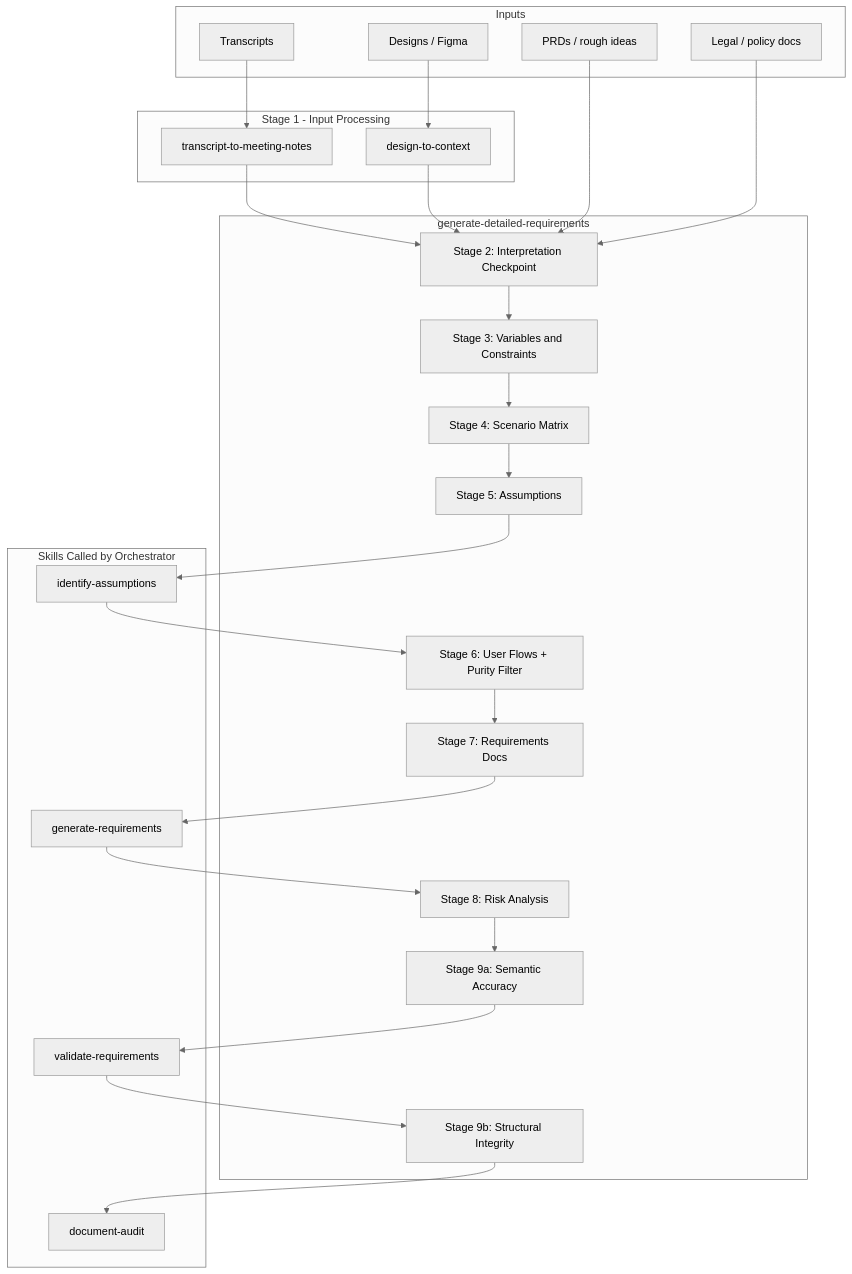
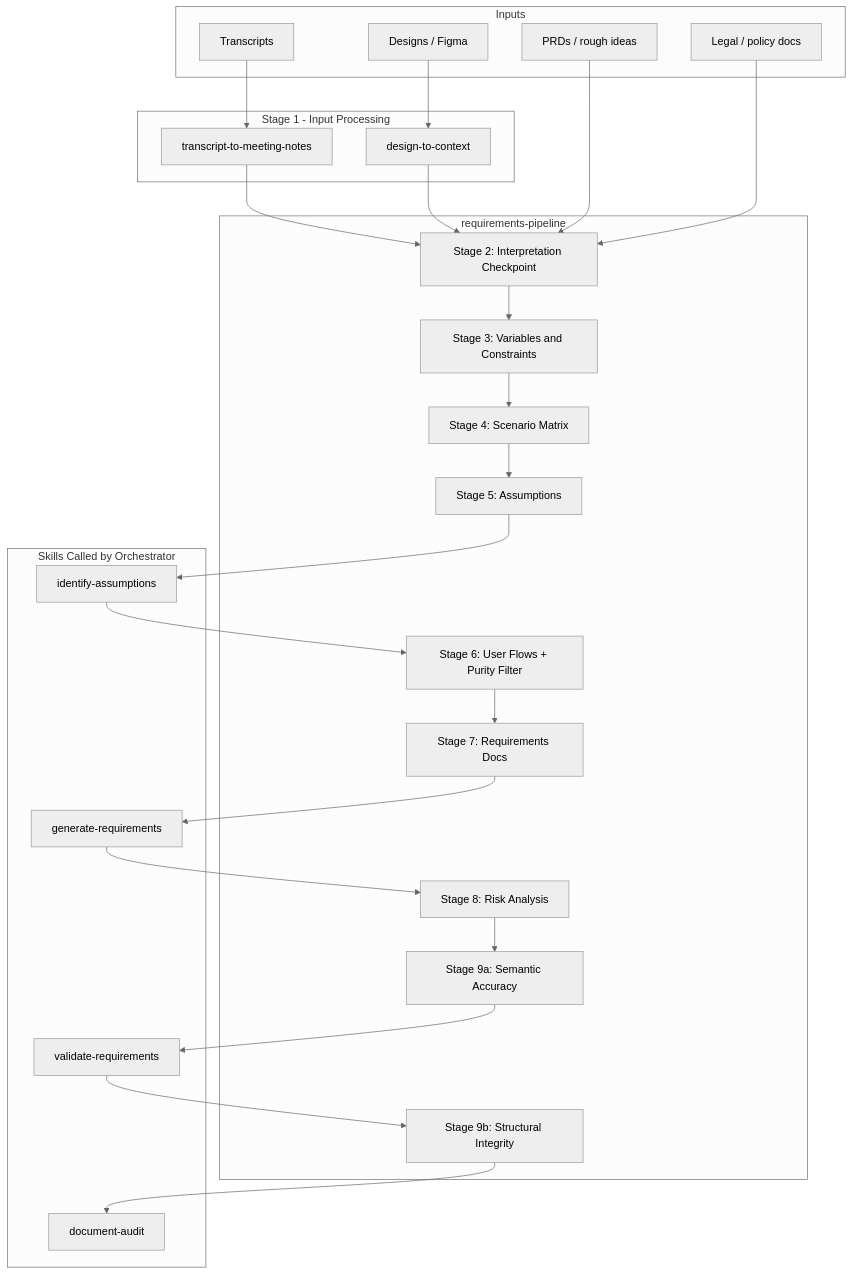
The first of 5 diagrams in docs/workflow-guide.md (rushikeshpol02/ai-skills), drawn with Mermaid (neutral theme) before and after one commit. The commit also changed other lines of this file and 7 other files, not shown here.

First line of the commit message:
Rename generate-detailed-requirements to requirements-pipeline

````diff
--- a/docs/workflow-guide.md
+++ b/docs/workflow-guide.md
@@ -23,52 +23,52 @@
 ```mermaid
 flowchart TD
     subgraph inputs [Inputs]
         T[Transcripts]
         D[Designs / Figma]
         P[PRDs / rough ideas]
         L[Legal / policy docs]
     end
 
     subgraph stage1 [Stage 1 - Input Processing]
         TMN[transcript-to-meeting-notes]
         DTC[design-to-context]
     end
 
-    subgraph orchestrator [generate-detailed-requirements]
+    subgraph orchestrator [requirements-pipeline]
         S2[Stage 2: Interpretation Checkpoint]
         S3[Stage 3: Variables and Constraints]
         S4[Stage 4: Scenario Matrix]
         S5[Stage 5: Assumptions]
         S6[Stage 6: User Flows + Purity Filter]
         S7[Stage 7: Requirements Docs]
         S8[Stage 8: Risk Analysis]
         S9a[Stage 9a: Semantic Accuracy]
         S9b[Stage 9b: Structural Integrity]
     end
 
     subgraph calledSkills [Skills Called by Orchestrator]
         IA[identify-assumptions]
         GR[generate-requirements]
         VR[validate-requirements]
         DA[document-audit]
     end
 
     T --> TMN
     D --> DTC
     TMN --> S2
     DTC --> S2
     P --> S2
     L --> S2
 
     S2 --> S3 --> S4
     S4 --> S5
     S5 --> IA
     IA --> S6
     S6 --> S7
     S7 --> GR
     GR --> S8
     S8 --> S9a
     S9a --> VR
     VR --> S9b
     S9b --> DA
 ```
````
